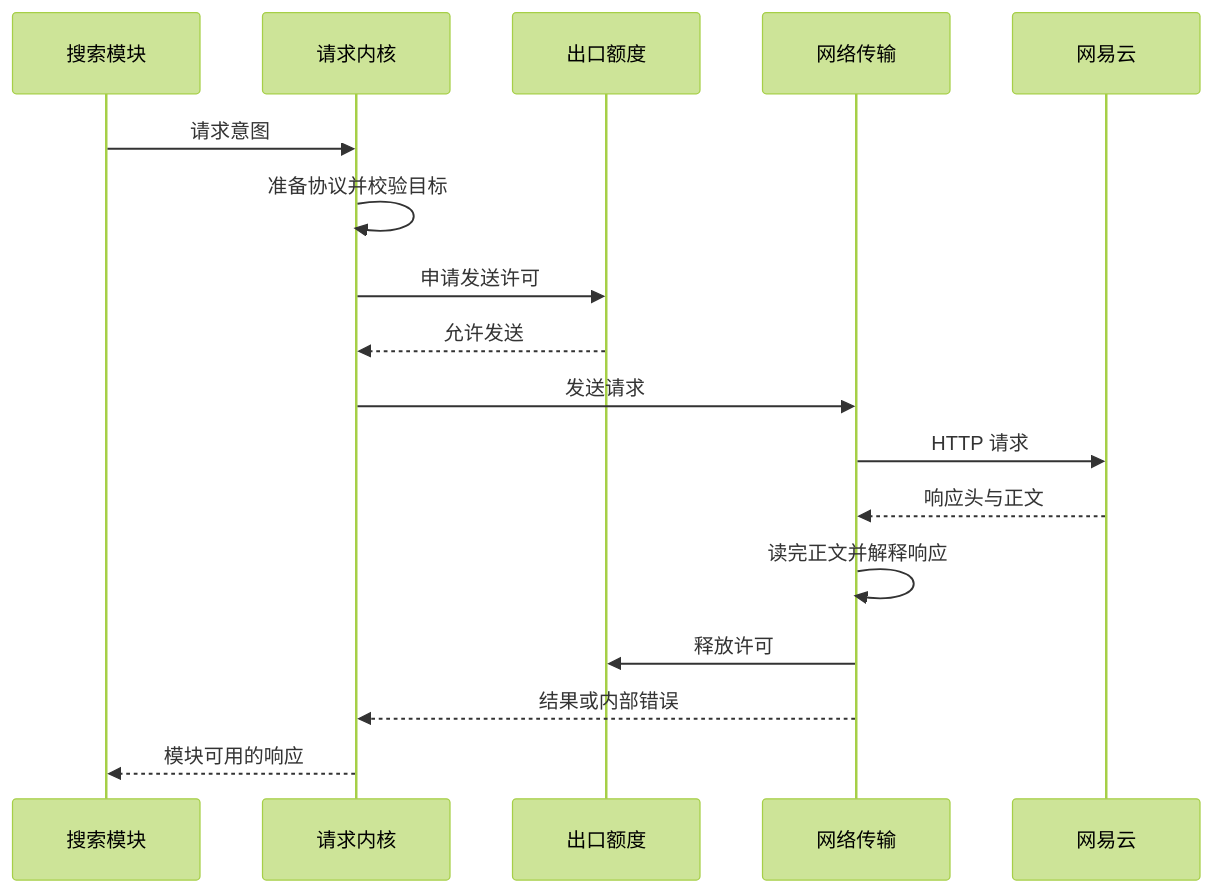
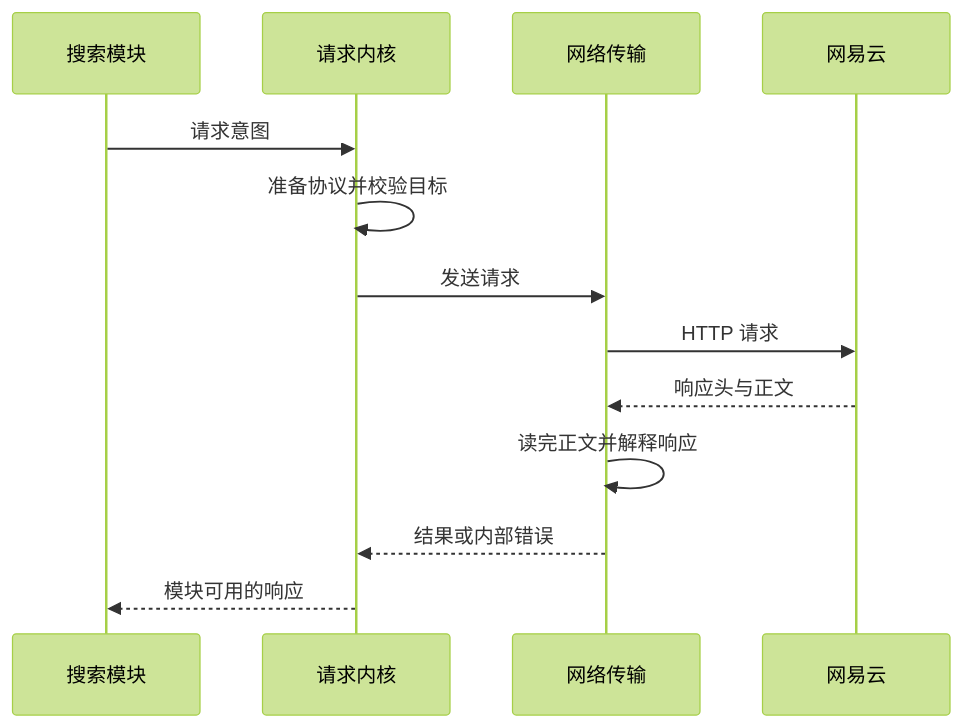
Before and after one commit to nonhana/hana-music-api: the third of 5 diagrams in docs/guide/request-layer-overview.md, drawn with Mermaid (forest theme). The commit also changed other lines of this file and 52 other files, not shown here.

````diff
--- a/docs/guide/request-layer-overview.md
+++ b/docs/guide/request-layer-overview.md
@@ -68,19 +68,15 @@
 ```mermaid
 sequenceDiagram
   participant Module as 搜索模块
   participant Core as 请求内核
-  participant Governor as 出口额度
   participant Transport as 网络传输
   participant Upstream as 网易云
   Module->>Core: 请求意图
   Core->>Core: 准备协议并校验目标
-  Core->>Governor: 申请发送许可
-  Governor-->>Core: 允许发送
   Core->>Transport: 发送请求
   Transport->>Upstream: HTTP 请求
   Upstream-->>Transport: 响应头与正文
   Transport->>Transport: 读完正文并解释响应
-  Transport->>Governor: 释放许可
   Transport-->>Core: 结果或内部错误
   Core-->>Module: 模块可用的响应
 ```
````
